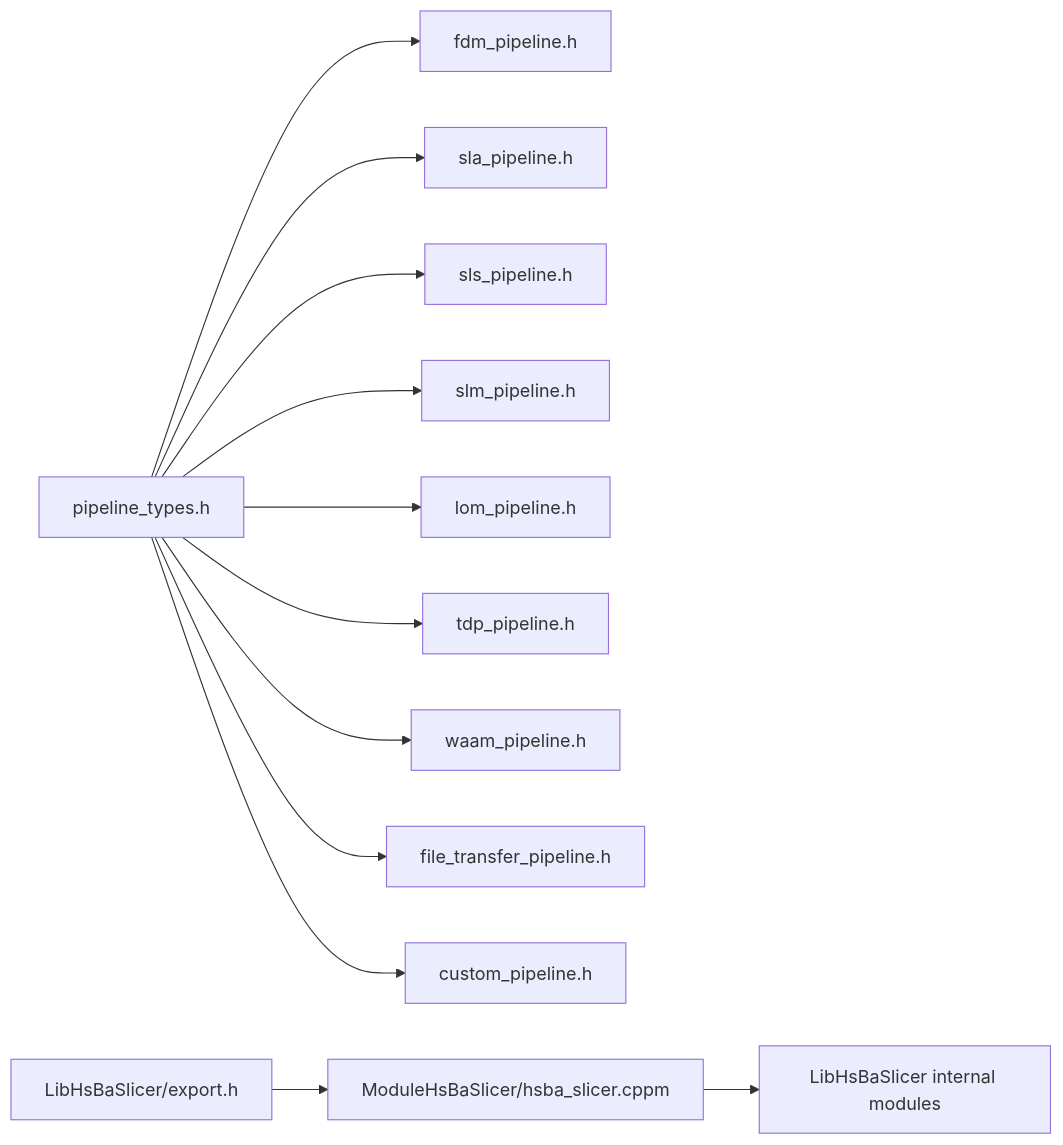
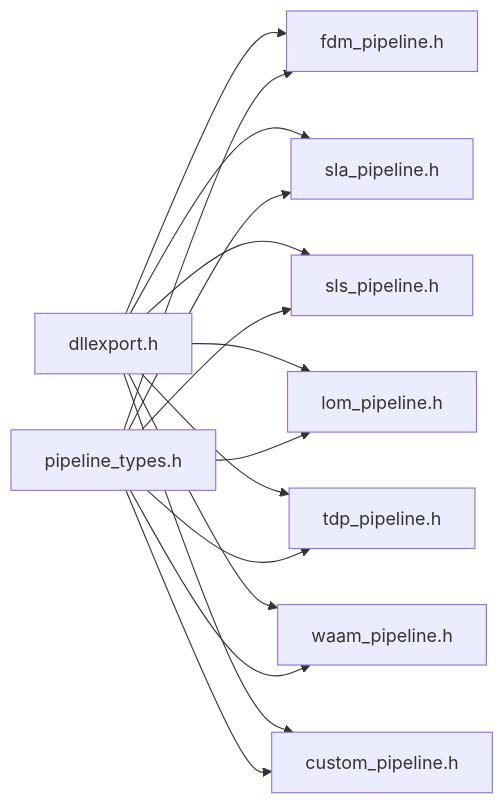
Before and after one commit to hsmbanlance/HsBaSlicer: diagram 11 of 12 in .qoder/repowiki/en/content/API Reference/API Reference.md, drawn with Mermaid. The commit also changed other lines of this file and 1095 other files, not shown here.

````diff
--- a/.qoder/repowiki/en/content/API Reference/API Reference.md
+++ b/.qoder/repowiki/en/content/API Reference/API Reference.md
@@ -545,14 +433,17 @@
 ```mermaid
 graph LR
-TYPES["pipeline_types.h"] --> CABI_FDM["fdm_pipeline.h"]
-TYPES --> CABI_SLA["sla_pipeline.h"]
-TYPES --> CABI_SLS["sls_pipeline.h"]
-TYPES --> CABI_SLM["slm_pipeline.h"]
-TYPES --> CABI_LOM["lom_pipeline.h"]
-TYPES --> CABI_TDP["tdp_pipeline.h"]
-TYPES --> CABI_WAAM["waam_pipeline.h"]
-TYPES --> CABI_FTP["file_transfer_pipeline.h"]
-TYPES --> CABI_CUST["custom_pipeline.h"]
-EXPORT["LibHsBaSlicer/export.h"] --> MODULE["ModuleHsBaSlicer/hsba_slicer.cppm"]
-MODULE --> INTERNAL["LibHsBaSlicer internal modules"]
+DLLEXP["dllexport.h"] --> FDH["fdm_pipeline.h"]
+DLLEXP --> SLAH["sla_pipeline.h"]
+DLLEXP --> SLSH["sls_pipeline.h"]
+DLLEXP --> LOH["lom_pipeline.h"]
+DLLEXP --> TDH["tdp_pipeline.h"]
+DLLEXP --> WAH["waam_pipeline.h"]
+DLLEXP --> CUH["custom_pipeline.h"]
+TYPES["pipeline_types.h"] --> FDH
+TYPES --> SLAH
+TYPES --> SLSH
+TYPES --> LOH
+TYPES --> TDH
+TYPES --> WAH
+TYPES --> CUH
 ```
````
